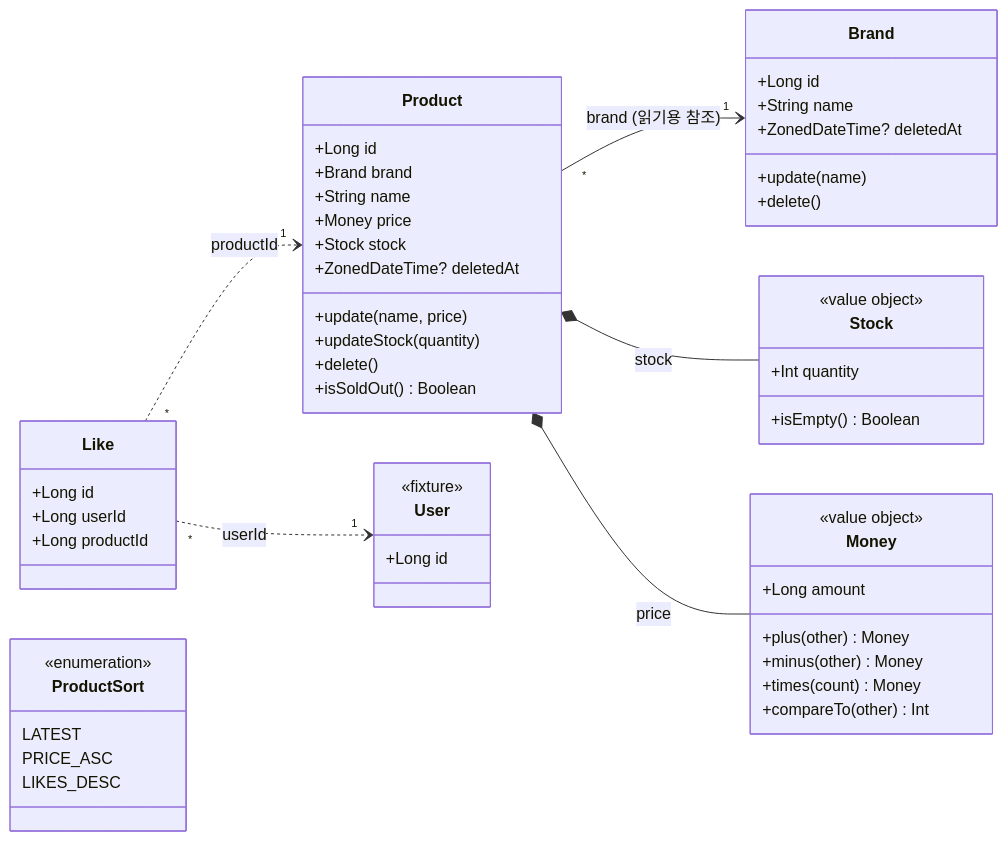
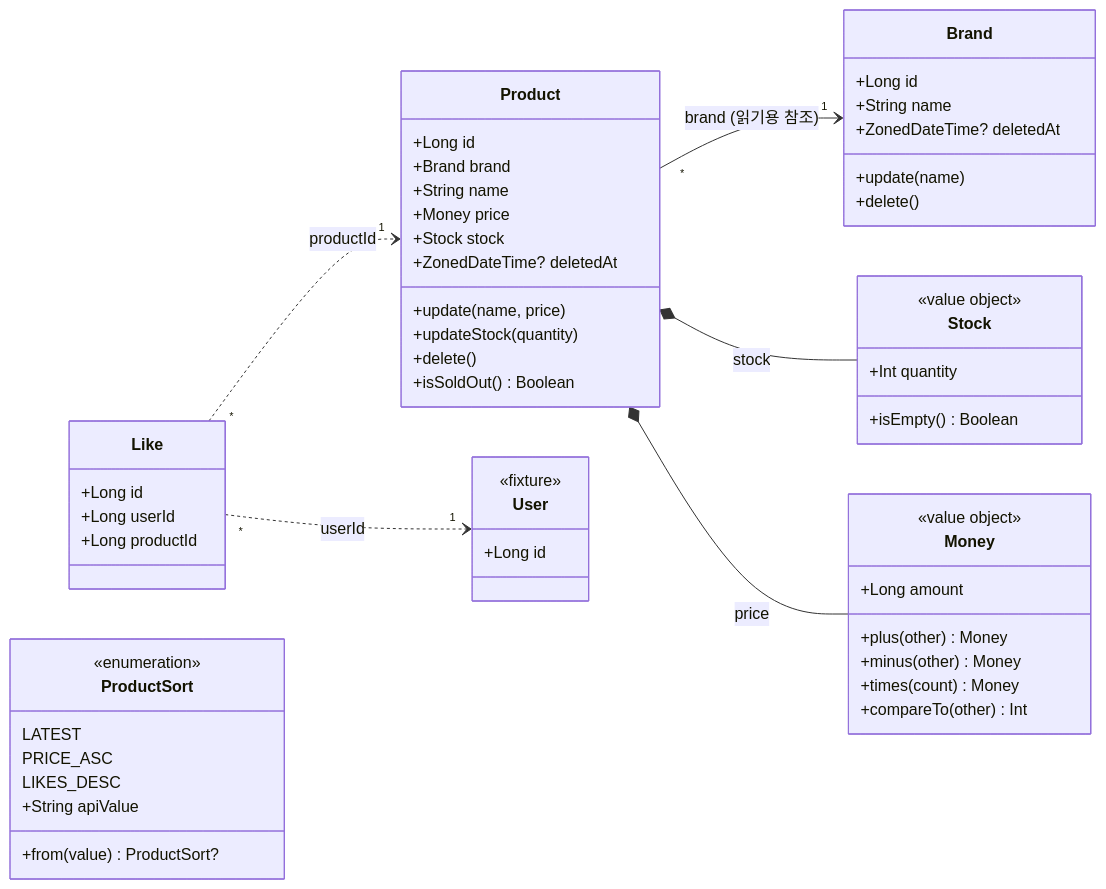
The second of 3 diagrams in docs/design/catalog.md (giwankim/loop-pack-be-l2-vol5-kotlin), drawn with Mermaid before and after one commit. The commit also changed other lines of this file and 16 other files, not shown here.

````diff
--- a/docs/design/catalog.md
+++ b/docs/design/catalog.md
@@ -55,64 +55,66 @@
 ```mermaid
 classDiagram
     direction LR
 
     class Brand {
         +Long id
         +String name
         +ZonedDateTime? deletedAt
         +update(name)
         +delete()
     }
 
     class Product {
         +Long id
         +Brand brand
         +String name
         +Money price
         +Stock stock
         +ZonedDateTime? deletedAt
         +update(name, price)
         +updateStock(quantity)
         +delete()
         +isSoldOut() Boolean
     }
 
     class Stock {
         <<value object>>
         +Int quantity
         +isEmpty() Boolean
     }
 
     class Money {
         <<value object>>
         +Long amount
         +plus(other) Money
         +minus(other) Money
         +times(count) Money
         +compareTo(other) Int
     }
 
     class Like {
         +Long id
         +Long userId
         +Long productId
     }
 
     class User {
         <<fixture>>
         +Long id
     }
 
     class ProductSort {
         <<enumeration>>
         LATEST
         PRICE_ASC
         LIKES_DESC
+        +String apiValue
+        +from(value) ProductSort?
     }
 
     Product "*" --> "1" Brand : brand (읽기용 참조)
     Product *-- Stock : stock
     Product *-- Money : price
     Like "*" ..> "1" Product : productId
     Like "*" ..> "1" User : userId
 ```
````
